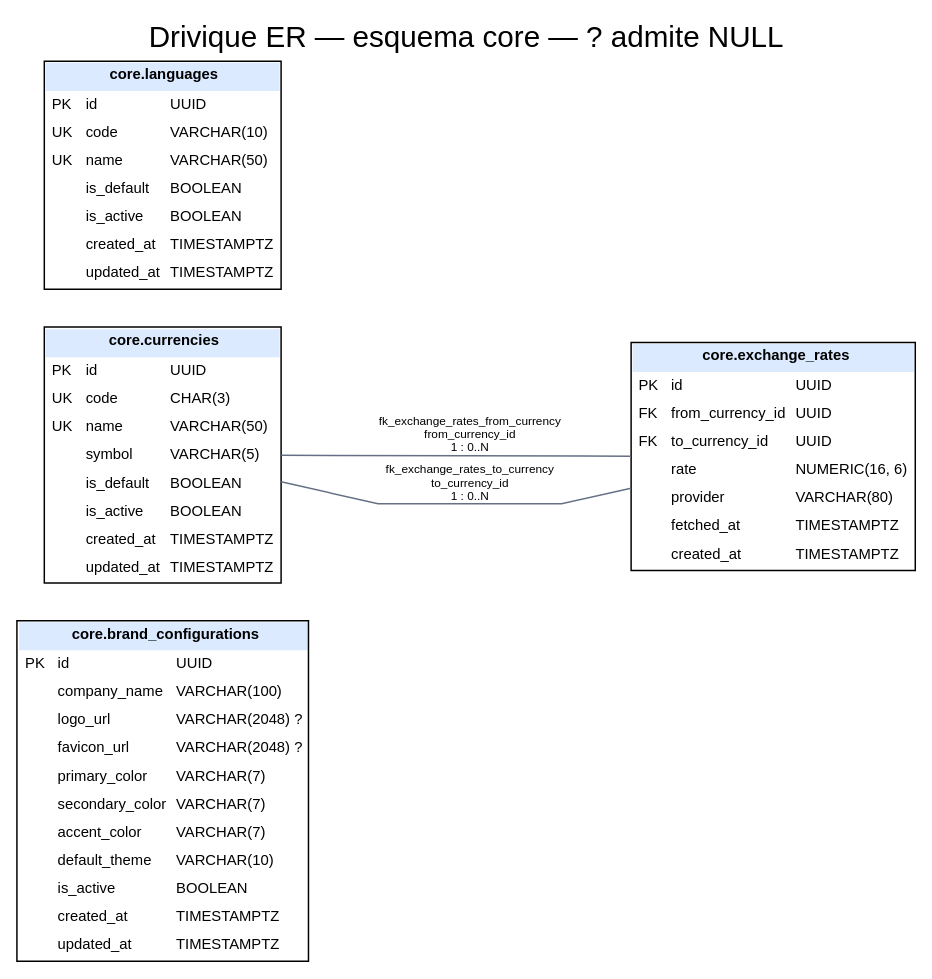
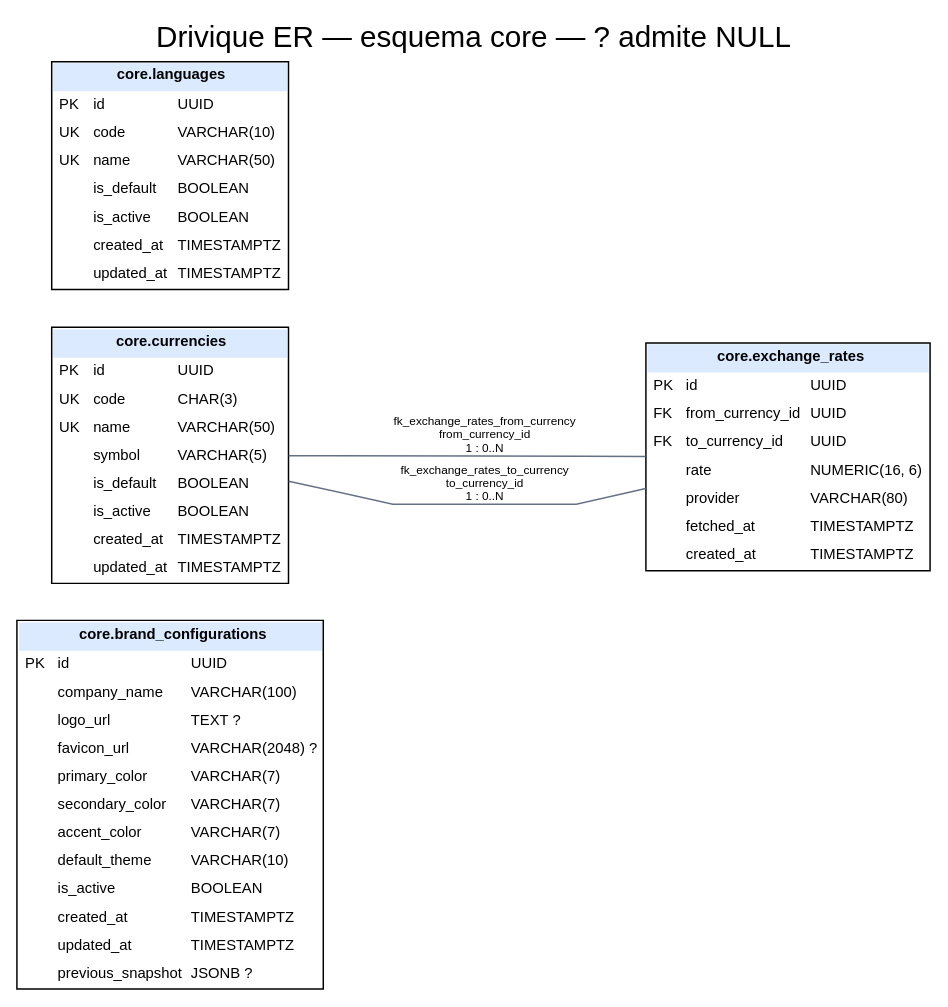
The diagram in docs/assets/diagrams/er-core.dot (project-drivique/Documentation), drawn with Graphviz before and after one commit. The commit also changed 38 other files, not shown here.

First line of the commit message:
docs(database): regenerate the ER diagrams and bring the data dictionary in line with the migrated schema [HU-INT-23]

```diff
--- a/docs/assets/diagrams/er-core.dot
+++ b/docs/assets/diagrams/er-core.dot
@@ -1,11 +1,11 @@
 digraph ER {
 graph [rankdir=LR, bgcolor="white", nodesep="0.35", ranksep="1.3", splines=polyline, overlap=false, label="Drivique ER — esquema core — ? admite NULL", labelloc=t, fontsize=20, fontname="Arial"];
 node [shape=plain,fontname="Arial"];
 edge [fontname="Arial",fontsize=8,dir=none,color="#667085"];
-"core.brand_configurations" [label=<<TABLE BORDER="1" CELLBORDER="0" CELLSPACING="0" CELLPADDING="4"><TR><TD COLSPAN="3" BGCOLOR="#dbeafe"><B>core.brand_configurations</B></TD></TR><TR><TD ALIGN="LEFT">PK</TD><TD ALIGN="LEFT">id</TD><TD ALIGN="LEFT">UUID</TD></TR><TR><TD ALIGN="LEFT"></TD><TD ALIGN="LEFT">company_name</TD><TD ALIGN="LEFT">VARCHAR(100)</TD></TR><TR><TD ALIGN="LEFT"></TD><TD ALIGN="LEFT">logo_url</TD><TD ALIGN="LEFT">VARCHAR(2048) ?</TD></TR><TR><TD ALIGN="LEFT"></TD><TD ALIGN="LEFT">favicon_url</TD><TD ALIGN="LEFT">VARCHAR(2048) ?</TD></TR><TR><TD ALIGN="LEFT"></TD><TD ALIGN="LEFT">primary_color</TD><TD ALIGN="LEFT">VARCHAR(7)</TD></TR><TR><TD ALIGN="LEFT"></TD><TD ALIGN="LEFT">secondary_color</TD><TD ALIGN="LEFT">VARCHAR(7)</TD></TR><TR><TD ALIGN="LEFT"></TD><TD ALIGN="LEFT">accent_color</TD><TD ALIGN="LEFT">VARCHAR(7)</TD></TR><TR><TD ALIGN="LEFT"></TD><TD ALIGN="LEFT">default_theme</TD><TD ALIGN="LEFT">VARCHAR(10)</TD></TR><TR><TD ALIGN="LEFT"></TD><TD ALIGN="LEFT">is_active</TD><TD ALIGN="LEFT">BOOLEAN</TD></TR><TR><TD ALIGN="LEFT"></TD><TD ALIGN="LEFT">created_at</TD><TD ALIGN="LEFT">TIMESTAMPTZ</TD></TR><TR><TD ALIGN="LEFT"></TD><TD ALIGN="LEFT">updated_at</TD><TD ALIGN="LEFT">TIMESTAMPTZ</TD></TR></TABLE>>,fontsize=10];
+"core.brand_configurations" [label=<<TABLE BORDER="1" CELLBORDER="0" CELLSPACING="0" CELLPADDING="4"><TR><TD COLSPAN="3" BGCOLOR="#dbeafe"><B>core.brand_configurations</B></TD></TR><TR><TD ALIGN="LEFT">PK</TD><TD ALIGN="LEFT">id</TD><TD ALIGN="LEFT">UUID</TD></TR><TR><TD ALIGN="LEFT"></TD><TD ALIGN="LEFT">company_name</TD><TD ALIGN="LEFT">VARCHAR(100)</TD></TR><TR><TD ALIGN="LEFT"></TD><TD ALIGN="LEFT">logo_url</TD><TD ALIGN="LEFT">TEXT ?</TD></TR><TR><TD ALIGN="LEFT"></TD><TD ALIGN="LEFT">favicon_url</TD><TD ALIGN="LEFT">VARCHAR(2048) ?</TD></TR><TR><TD ALIGN="LEFT"></TD><TD ALIGN="LEFT">primary_color</TD><TD ALIGN="LEFT">VARCHAR(7)</TD></TR><TR><TD ALIGN="LEFT"></TD><TD ALIGN="LEFT">secondary_color</TD><TD ALIGN="LEFT">VARCHAR(7)</TD></TR><TR><TD ALIGN="LEFT"></TD><TD ALIGN="LEFT">accent_color</TD><TD ALIGN="LEFT">VARCHAR(7)</TD></TR><TR><TD ALIGN="LEFT"></TD><TD ALIGN="LEFT">default_theme</TD><TD ALIGN="LEFT">VARCHAR(10)</TD></TR><TR><TD ALIGN="LEFT"></TD><TD ALIGN="LEFT">is_active</TD><TD ALIGN="LEFT">BOOLEAN</TD></TR><TR><TD ALIGN="LEFT"></TD><TD ALIGN="LEFT">created_at</TD><TD ALIGN="LEFT">TIMESTAMPTZ</TD></TR><TR><TD ALIGN="LEFT"></TD><TD ALIGN="LEFT">updated_at</TD><TD ALIGN="LEFT">TIMESTAMPTZ</TD></TR><TR><TD ALIGN="LEFT"></TD><TD ALIGN="LEFT">previous_snapshot</TD><TD ALIGN="LEFT">JSONB ?</TD></TR></TABLE>>,fontsize=10];
 "core.currencies" [label=<<TABLE BORDER="1" CELLBORDER="0" CELLSPACING="0" CELLPADDING="4"><TR><TD COLSPAN="3" BGCOLOR="#dbeafe"><B>core.currencies</B></TD></TR><TR><TD ALIGN="LEFT">PK</TD><TD ALIGN="LEFT">id</TD><TD ALIGN="LEFT">UUID</TD></TR><TR><TD ALIGN="LEFT">UK</TD><TD ALIGN="LEFT">code</TD><TD ALIGN="LEFT">CHAR(3)</TD></TR><TR><TD ALIGN="LEFT">UK</TD><TD ALIGN="LEFT">name</TD><TD ALIGN="LEFT">VARCHAR(50)</TD></TR><TR><TD ALIGN="LEFT"></TD><TD ALIGN="LEFT">symbol</TD><TD ALIGN="LEFT">VARCHAR(5)</TD></TR><TR><TD ALIGN="LEFT"></TD><TD ALIGN="LEFT">is_default</TD><TD ALIGN="LEFT">BOOLEAN</TD></TR><TR><TD ALIGN="LEFT"></TD><TD ALIGN="LEFT">is_active</TD><TD ALIGN="LEFT">BOOLEAN</TD></TR><TR><TD ALIGN="LEFT"></TD><TD ALIGN="LEFT">created_at</TD><TD ALIGN="LEFT">TIMESTAMPTZ</TD></TR><TR><TD ALIGN="LEFT"></TD><TD ALIGN="LEFT">updated_at</TD><TD ALIGN="LEFT">TIMESTAMPTZ</TD></TR></TABLE>>,fontsize=10];
 "core.exchange_rates" [label=<<TABLE BORDER="1" CELLBORDER="0" CELLSPACING="0" CELLPADDING="4"><TR><TD COLSPAN="3" BGCOLOR="#dbeafe"><B>core.exchange_rates</B></TD></TR><TR><TD ALIGN="LEFT">PK</TD><TD ALIGN="LEFT">id</TD><TD ALIGN="LEFT">UUID</TD></TR><TR><TD ALIGN="LEFT">FK</TD><TD ALIGN="LEFT">from_currency_id</TD><TD ALIGN="LEFT">UUID</TD></TR><TR><TD ALIGN="LEFT">FK</TD><TD ALIGN="LEFT">to_currency_id</TD><TD ALIGN="LEFT">UUID</TD></TR><TR><TD ALIGN="LEFT"></TD><TD ALIGN="LEFT">rate</TD><TD ALIGN="LEFT">NUMERIC(16, 6)</TD></TR><TR><TD ALIGN="LEFT"></TD><TD ALIGN="LEFT">provider</TD><TD ALIGN="LEFT">VARCHAR(80)</TD></TR><TR><TD ALIGN="LEFT"></TD><TD ALIGN="LEFT">fetched_at</TD><TD ALIGN="LEFT">TIMESTAMPTZ</TD></TR><TR><TD ALIGN="LEFT"></TD><TD ALIGN="LEFT">created_at</TD><TD ALIGN="LEFT">TIMESTAMPTZ</TD></TR></TABLE>>,fontsize=10];
 "core.languages" [label=<<TABLE BORDER="1" CELLBORDER="0" CELLSPACING="0" CELLPADDING="4"><TR><TD COLSPAN="3" BGCOLOR="#dbeafe"><B>core.languages</B></TD></TR><TR><TD ALIGN="LEFT">PK</TD><TD ALIGN="LEFT">id</TD><TD ALIGN="LEFT">UUID</TD></TR><TR><TD ALIGN="LEFT">UK</TD><TD ALIGN="LEFT">code</TD><TD ALIGN="LEFT">VARCHAR(10)</TD></TR><TR><TD ALIGN="LEFT">UK</TD><TD ALIGN="LEFT">name</TD><TD ALIGN="LEFT">VARCHAR(50)</TD></TR><TR><TD ALIGN="LEFT"></TD><TD ALIGN="LEFT">is_default</TD><TD ALIGN="LEFT">BOOLEAN</TD></TR><TR><TD ALIGN="LEFT"></TD><TD ALIGN="LEFT">is_active</TD><TD ALIGN="LEFT">BOOLEAN</TD></TR><TR><TD ALIGN="LEFT"></TD><TD ALIGN="LEFT">created_at</TD><TD ALIGN="LEFT">TIMESTAMPTZ</TD></TR><TR><TD ALIGN="LEFT"></TD><TD ALIGN="LEFT">updated_at</TD><TD ALIGN="LEFT">TIMESTAMPTZ</TD></TR></TABLE>>,fontsize=10];
 "core.currencies" -> "core.exchange_rates" [label="fk_exchange_rates_from_currency\nfrom_currency_id\n1 : 0..N"];
 "core.currencies" -> "core.exchange_rates" [label="fk_exchange_rates_to_currency\nto_currency_id\n1 : 0..N"];
 }
```
